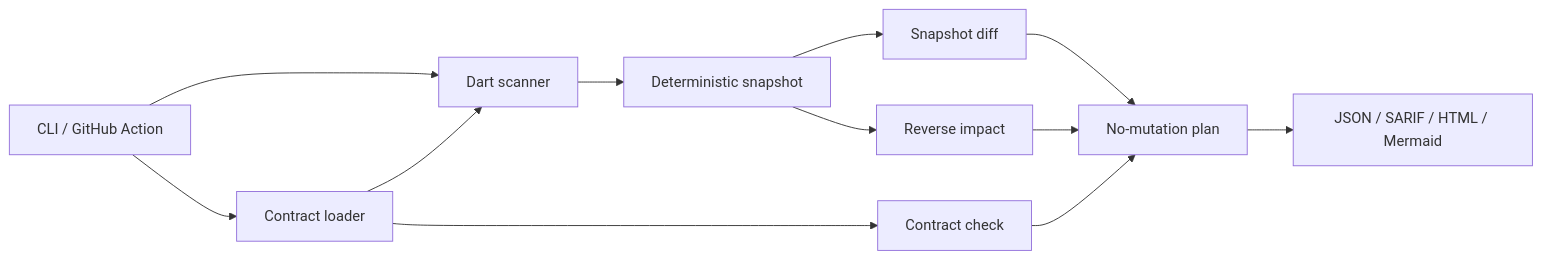
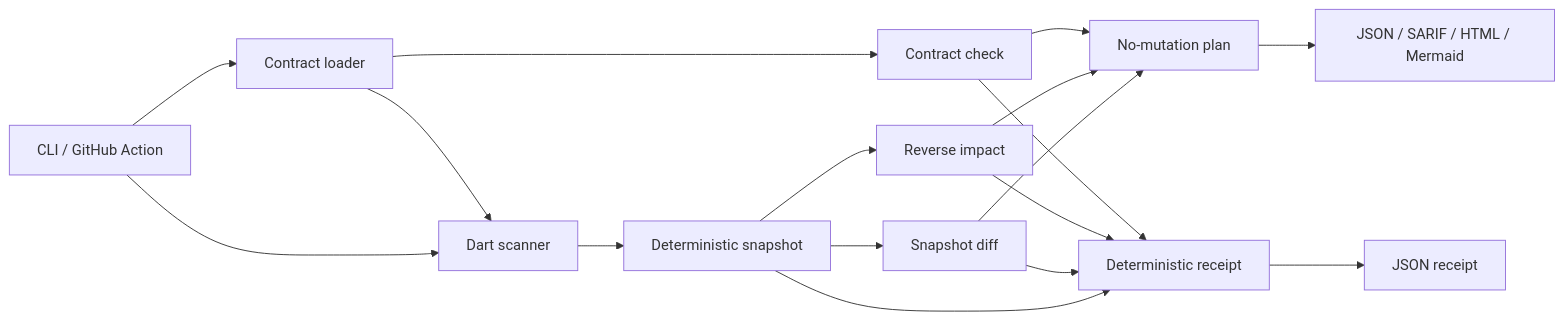
One commit to Lucas-a11y293/changeweaver changed the diagram in README.md. Above: the diagram before and after it, drawn with Mermaid. The commit also changed other lines of this file and 2 other files, not shown here.

````diff
--- a/README.md
+++ b/README.md
@@ -83,14 +100,19 @@
 ```mermaid
 flowchart LR
     CLI[CLI / GitHub Action] --> CFG[Contract loader]
     CLI --> SCAN[Dart scanner]
     CFG --> SCAN
     SCAN --> SNAP[Deterministic snapshot]
     SNAP --> DIFF[Snapshot diff]
     SNAP --> IMPACT[Reverse impact]
     CFG --> CHECK[Contract check]
     DIFF --> PLAN[No-mutation plan]
     IMPACT --> PLAN
     CHECK --> PLAN
+    SNAP --> VERIFY[Deterministic receipt]
+    DIFF --> VERIFY
+    IMPACT --> VERIFY
+    CHECK --> VERIFY
     PLAN --> OUT[JSON / SARIF / HTML / Mermaid]
+    VERIFY --> RECEIPT[JSON receipt]
 ```
````
